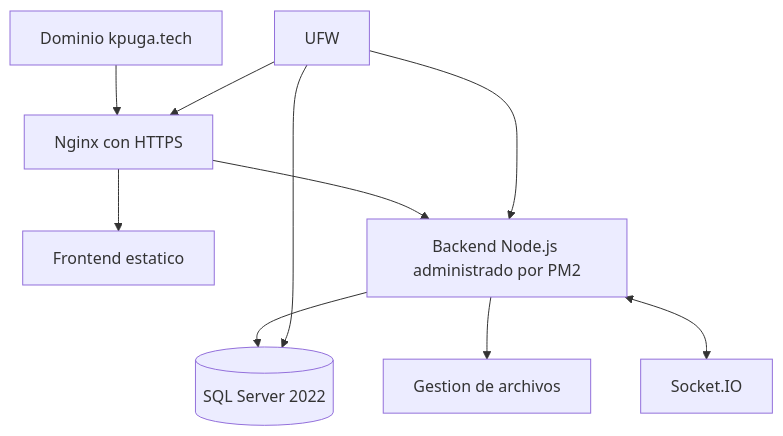
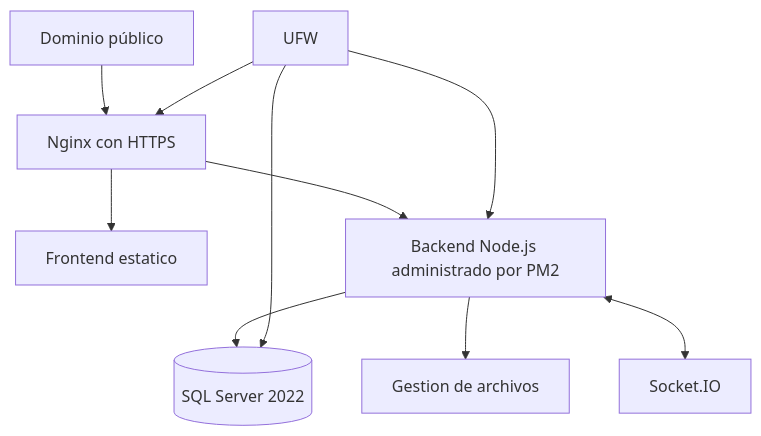
One commit to Ricardo-NM/K-PUGA-Docs changed the fifth of 5 diagrams in docs/arquitectura/diagramas.md. Above: the diagram before and after it, drawn with Mermaid. The commit also changed 6 other files, not shown here.

Commit message:
chore: add mermaid as a devDependency for diagram support

````diff
--- a/docs/arquitectura/diagramas.md
+++ b/docs/arquitectura/diagramas.md
@@ -72,12 +72,12 @@
 ```mermaid
 flowchart TD
-  D[Dominio kpuga.tech] --> N[Nginx con HTTPS]
+  D[Dominio público] --> N[Nginx con HTTPS]
   N --> F[Frontend estatico]
   N --> A[Backend Node.js administrado por PM2]
   A --> DB[(SQL Server 2022)]
   A --> FS[Gestion de archivos]
   A <--> WS[Socket.IO]
   FW[UFW] --> N
   FW --> A
   FW --> DB
 ```
````
